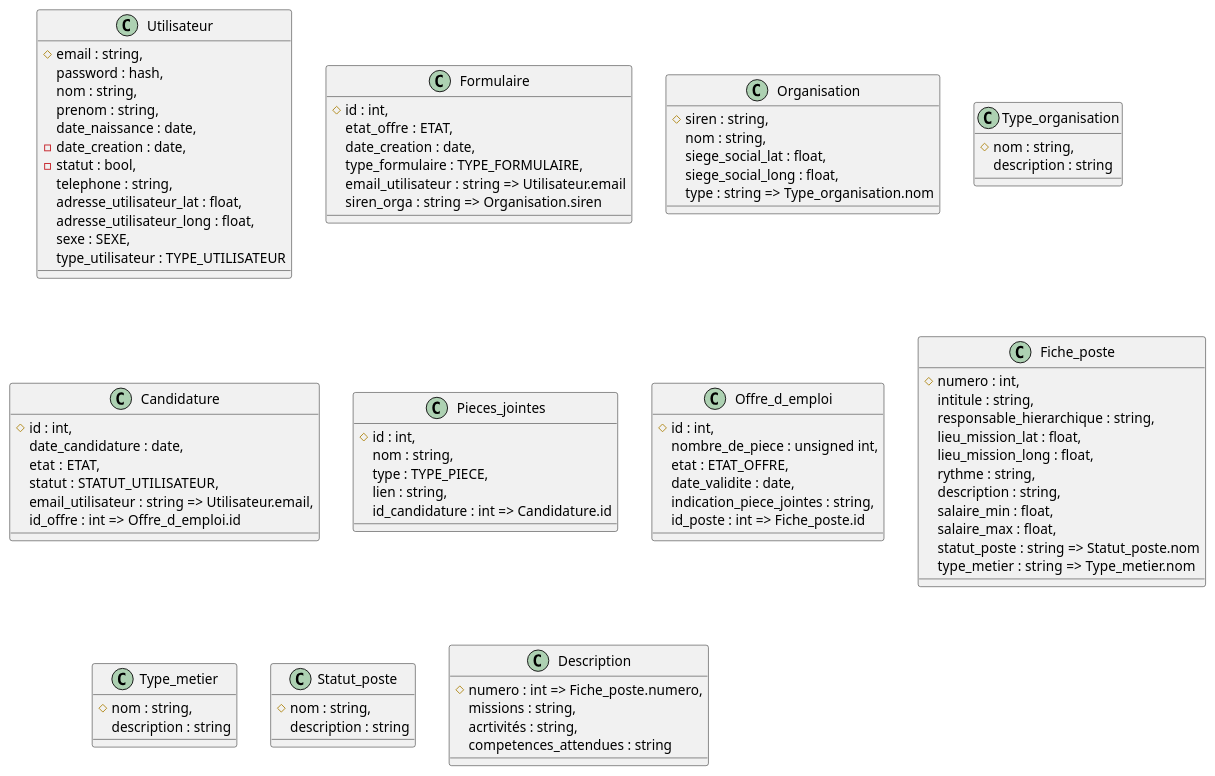
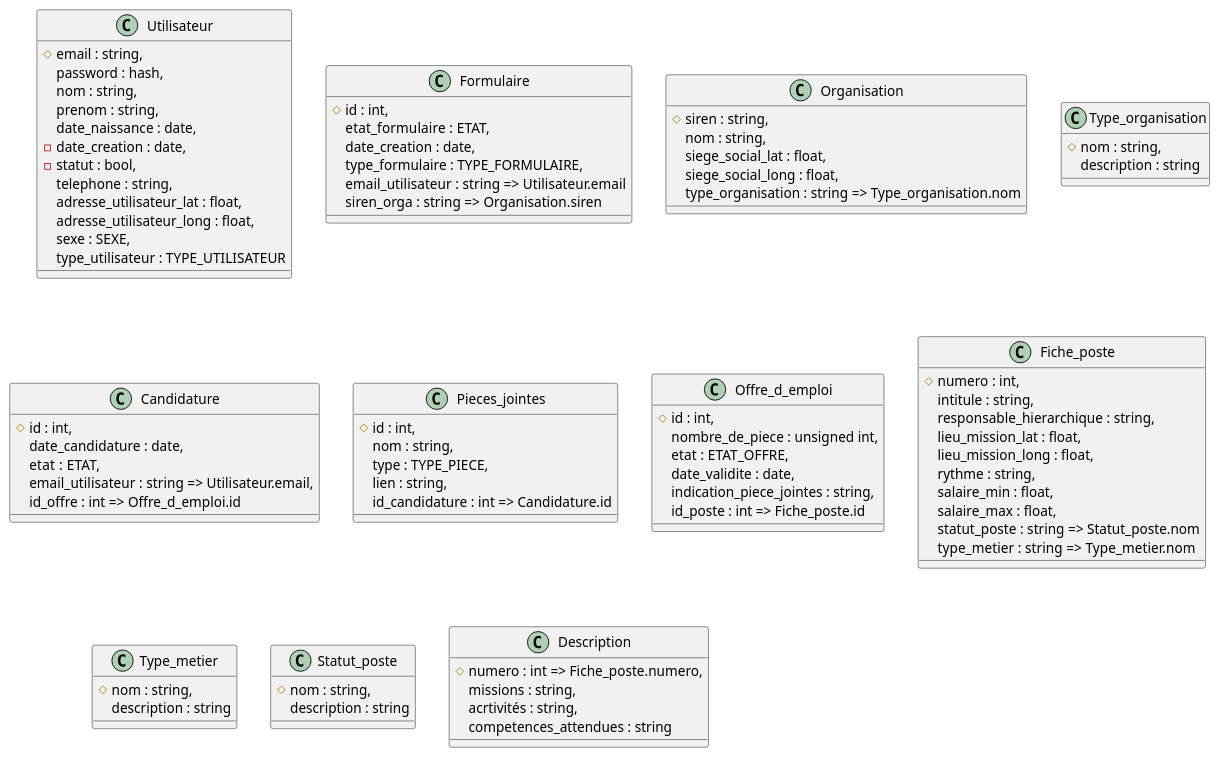
Before and after one commit to sacha-sz/UTC-SR10: the diagram in assets/MLD/MLD.plantuml, drawn with PlantUML. The commit also changed 1 other file, not shown here.

```diff
--- a/assets/MLD/MLD.plantuml
+++ b/assets/MLD/MLD.plantuml
@@ -1,95 +1,93 @@
 @startuml MLD
 class Utilisateur{
-    # email : string, 
-    password : hash, 
-    nom : string, 
-    prenom : string, 
-    date_naissance : date, 
+    # email : string,
+    password : hash,
+    nom : string,
+    prenom : string,
+    date_naissance : date,
     - date_creation : date,
     - statut : bool,
     telephone : string,
     adresse_utilisateur_lat : float,
     adresse_utilisateur_long : float,
-    sexe : SEXE, 
-    type_utilisateur : TYPE_UTILISATEUR 
+    sexe : SEXE,
+    type_utilisateur : TYPE_UTILISATEUR
 }
 
 class Formulaire{
-    #id : int, 
-    etat_offre : ETAT,
-    date_creation : date, 
-    type_formulaire : TYPE_FORMULAIRE, 
+    #id : int,
+    etat_formulaire : ETAT,
+    date_creation : date,
+    type_formulaire : TYPE_FORMULAIRE,
     email_utilisateur : string => Utilisateur.email
     siren_orga : string => Organisation.siren
 }
 
 class Organisation{
-    #siren : string, 
-    nom : string, 
+    #siren : string,
+    nom : string,
     siege_social_lat : float,
     siege_social_long : float,
-    type : string => Type_organisation.nom
+    type_organisation : string => Type_organisation.nom
 }
 
 class Type_organisation{
-    #nom : string, 
+    #nom : string,
     description : string
 }
 
 class  Candidature{
-    #id : int, 
-    date_candidature : date, 
-    etat : ETAT, 
-    statut : STATUT_UTILISATEUR, 
-    email_utilisateur : string => Utilisateur.email, 
+    #id : int,
+    date_candidature : date,
+    etat : ETAT,
+    email_utilisateur : string => Utilisateur.email,
     id_offre : int => Offre_d_emploi.id
 }
 
 class Pieces_jointes {
-    #id : int, 
+    #id : int,
     nom : string,
     type : TYPE_PIECE,
     lien : string,
     id_candidature : int => Candidature.id
 }
 
 class Offre_d_emploi{
-    #id : int,  
-    nombre_de_piece : unsigned int, 
+    #id : int,
+    nombre_de_piece : unsigned int,
     etat : ETAT_OFFRE,
     date_validite : date,
     indication_piece_jointes : string,
     id_poste : int => Fiche_poste.id
 }
 
 class Fiche_poste{
-    #numero : int, 
-    intitule : string, 
-    responsable_hierarchique : string, 
+    #numero : int,
+    intitule : string,
+    responsable_hierarchique : string,
     lieu_mission_lat : float,
     lieu_mission_long : float,
-    rythme : string, 
-    description : string,
+    rythme : string,
     salaire_min : float,
     salaire_max : float,
     statut_poste : string => Statut_poste.nom
     type_metier : string => Type_metier.nom
 }
 
 class Type_metier{
-    #nom : string, 
+    #nom : string,
     description : string
 }
 
 class Statut_poste{
-    #nom : string, 
+    #nom : string,
     description : string
 }
 
 class Description{
-    #numero : int => Fiche_poste.numero, 
-    missions : string, 
-    acrtivités : string, 
+    #numero : int => Fiche_poste.numero,
+    missions : string,
+    acrtivités : string,
     competences_attendues : string
 }
 @enduml
```
